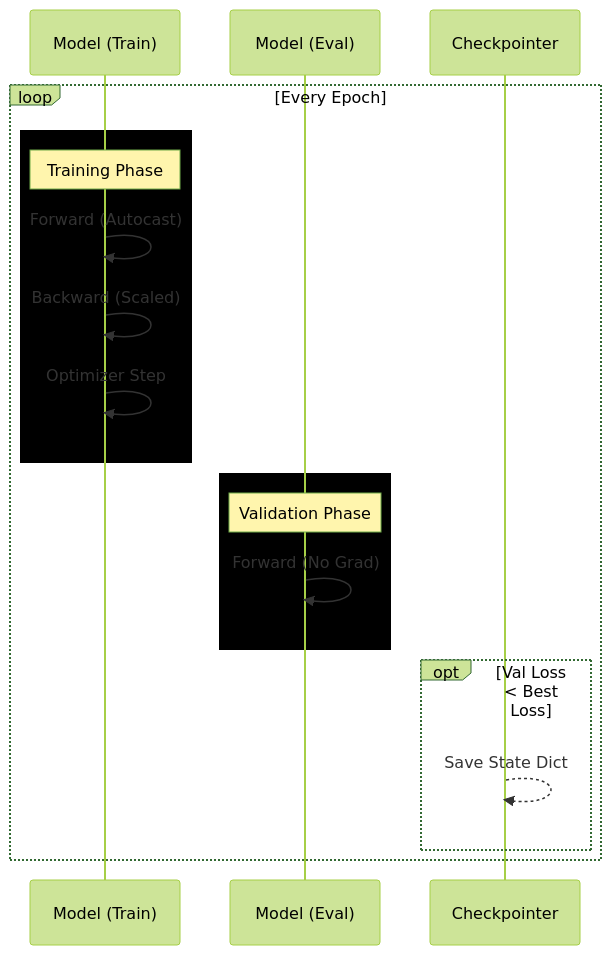
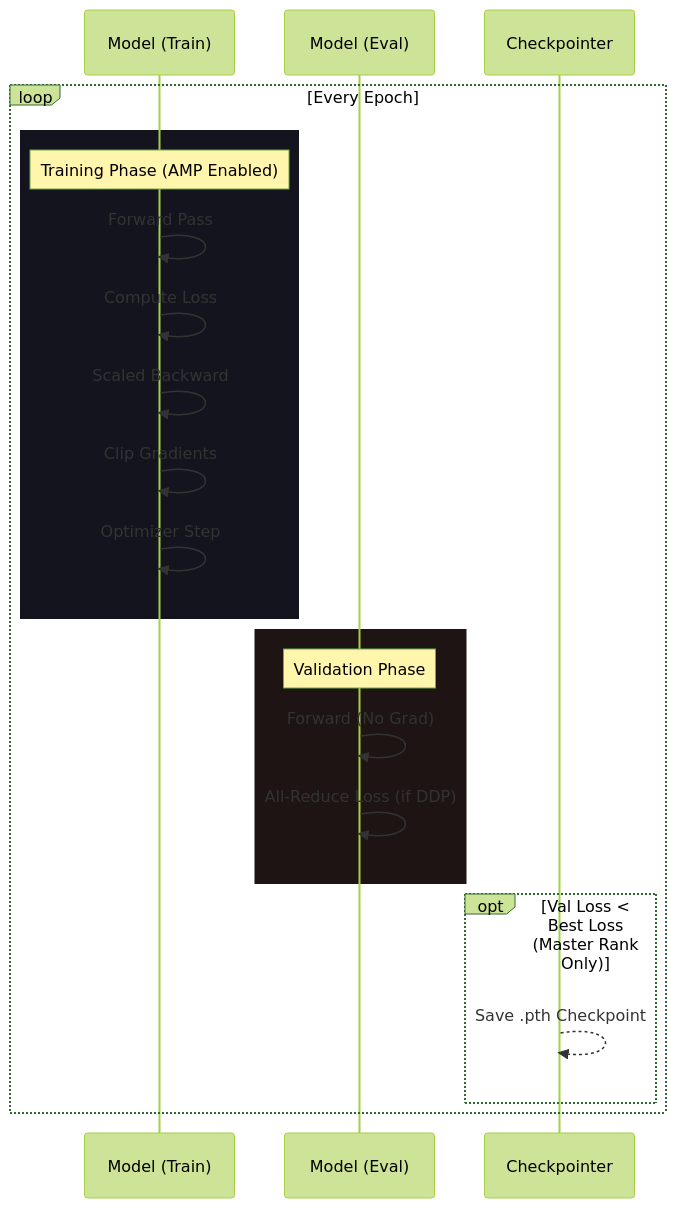
The diagram in docs/source/modelling/train_py.md (yousefelkilany/Word-level-Arabic-Sign-language), drawn with Mermaid (forest theme) before and after one commit. The commit also changed other lines of this file and 21 other files, not shown here.

Commit message:
add model_size change model architecture from BiLSTM to SpatialTemporalTransformer update docs accordingly

````diff
--- a/docs/source/modelling/train_py.md
+++ b/docs/source/modelling/train_py.md
@@ -24,24 +26,27 @@
 ```mermaid
 sequenceDiagram
     participant Train as Model (Train)
     participant Valid as Model (Eval)
     participant Check as Checkpointer
 
     loop Every Epoch
-        rect rgb(20, 20, 30) %% Optional: Dark background for Training
-            Note over Train: Training Phase
-            Train->>Train: Forward (Autocast)
-            Train->>Train: Backward (Scaled)
+        rect rgb(20, 20, 30)
+            Note over Train: Training Phase (AMP Enabled)
+            Train->>Train: Forward Pass
+            Train->>Train: Compute Loss
+            Train->>Train: Scaled Backward
+            Train->>Train: Clip Gradients
             Train->>Train: Optimizer Step
         end
 
-        rect rgb(30, 20, 20) %% Optional: Dark background for Validation
+        rect rgb(30, 20, 20)
             Note over Valid: Validation Phase
             Valid->>Valid: Forward (No Grad)
+            Valid->>Valid: All-Reduce Loss (if DDP)
         end
         
-        opt Val Loss < Best Loss
-            Check-->>Check: Save State Dict
+        opt Val Loss < Best Loss (Master Rank Only)
+            Check-->>Check: Save .pth Checkpoint
         end
     end
 ```
````
